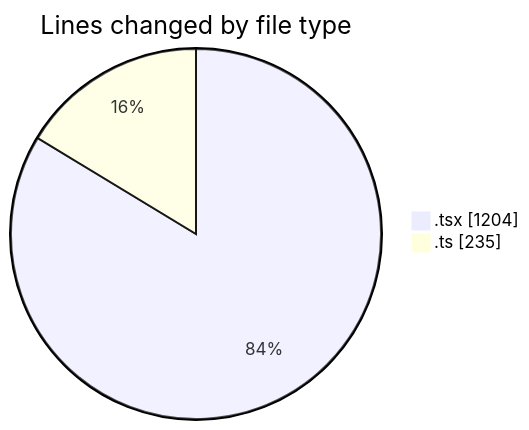
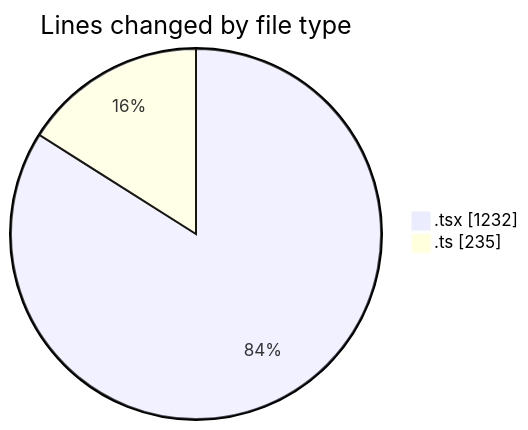
Before and after one commit to momahboobian/code-tracking: the first of 2 diagrams in 2025-09-15/cda/README.md, drawn with Mermaid. The commit also changed other lines of this file and 1 other file, not shown here.

````diff
--- a/2025-09-15/cda/README.md
+++ b/2025-09-15/cda/README.md
@@ -22,6 +22,6 @@
 ```mermaid
 pie showData
 title Lines changed by file type
-".tsx" : 1204
+".tsx" : 1232
 ".ts" : 235
 ```
````
